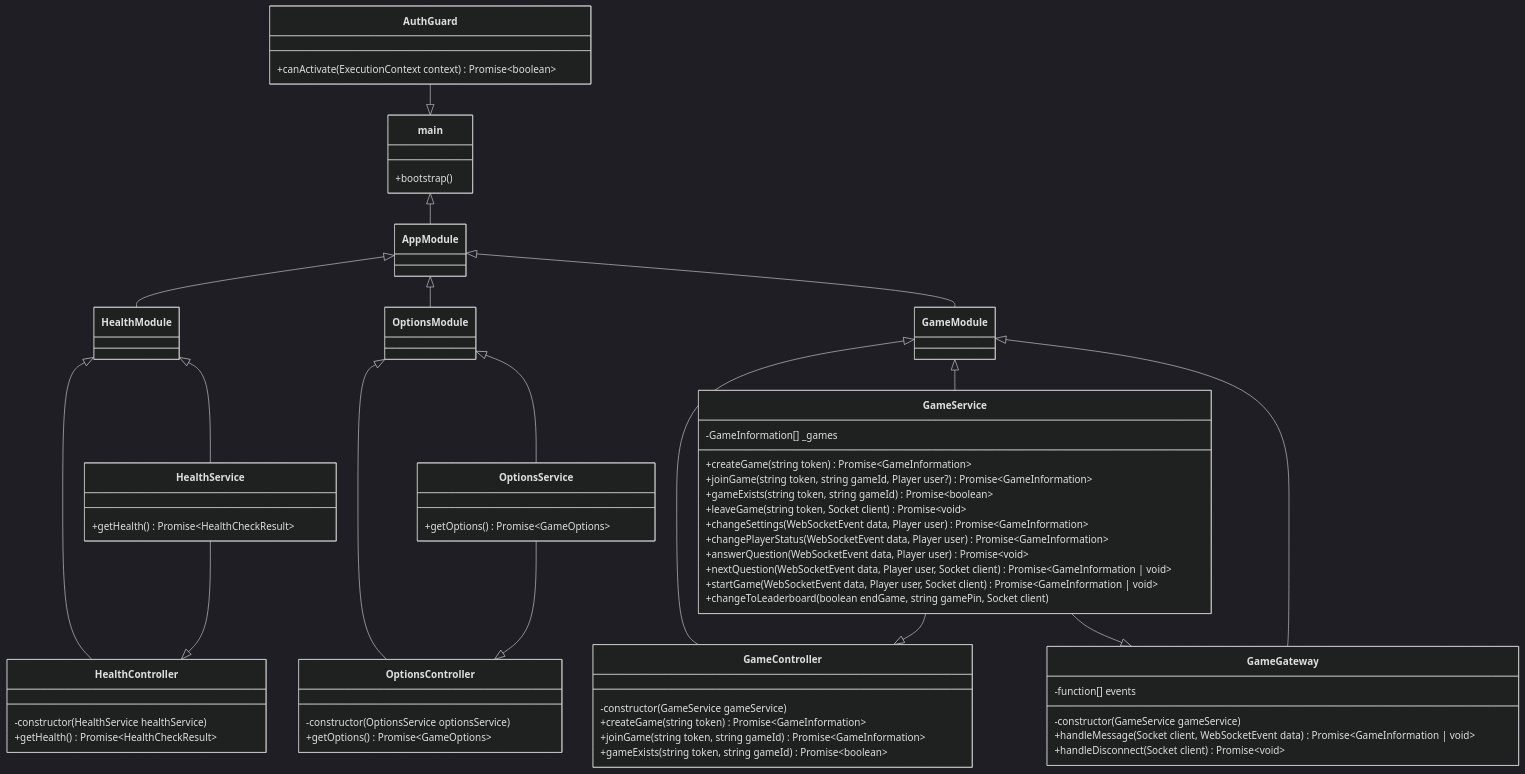
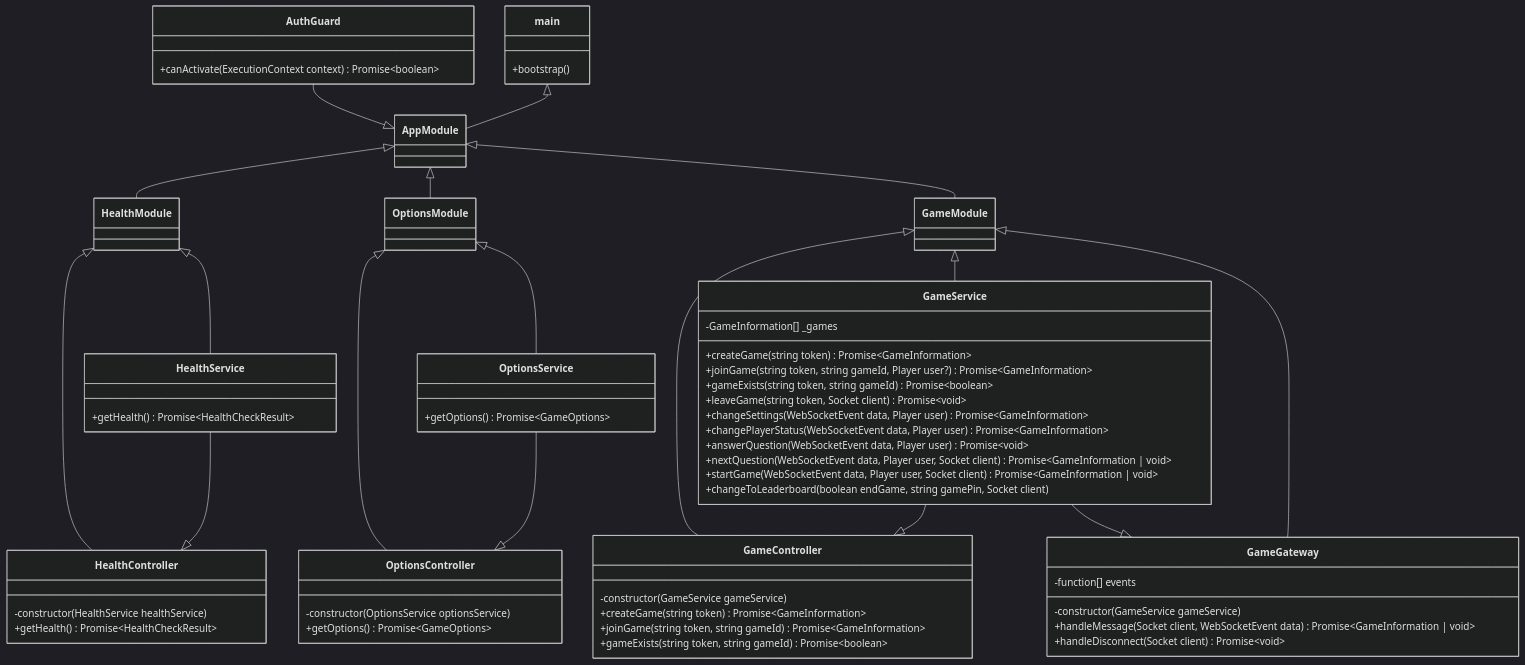
One commit to linusromlandITHS/Testing-and-TypeScript-Laboration-1 changed the diagram in docs/classDiagramAPI.md. Above: the diagram before and after it, drawn with Mermaid (dark theme).

```diff
--- a/docs/classDiagramAPI.md
+++ b/docs/classDiagramAPI.md
@@ -14,7 +14,7 @@
     class AuthGuard{
       +canActivate(ExecutionContext context) Promise~boolean~
     }
-    AuthGuard --|> main
+    AuthGuard --|> AppModule
 
     class HealthModule
     class HealthController{
```
